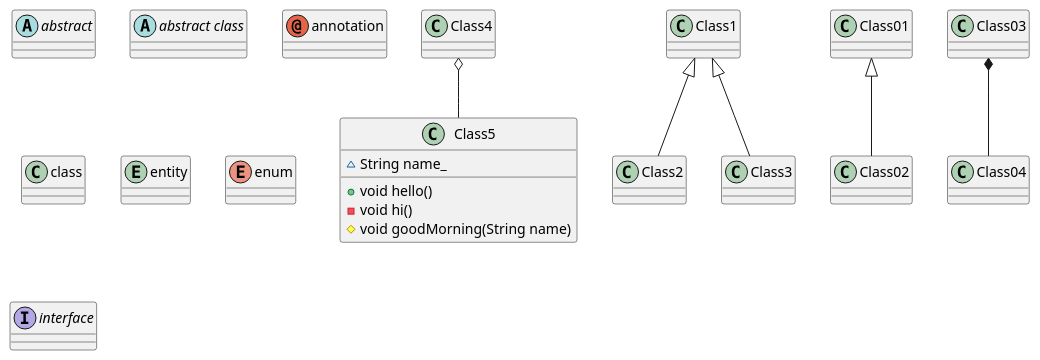
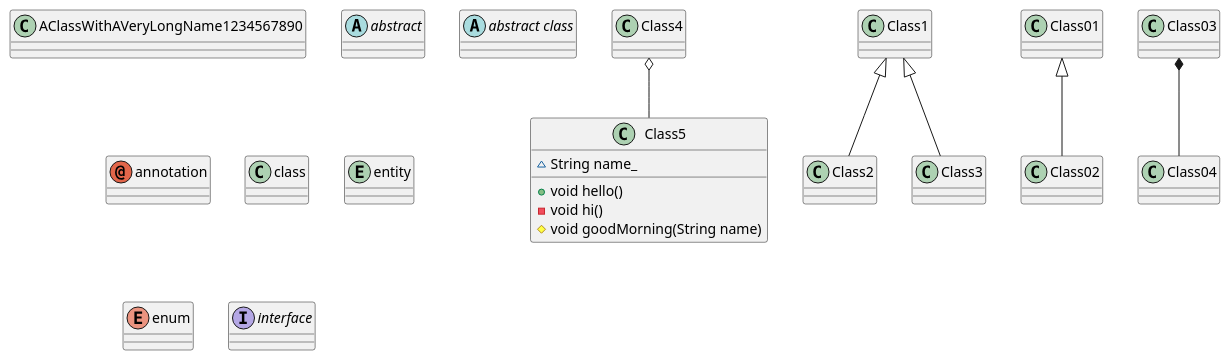
One commit to craft-coder/plantuml-styles changed the diagram in examples/diagrams/class.plantuml. Above: the diagram before and after it, drawn with PlantUML. The commit also changed 29 other files, not shown here.

```diff
--- a/examples/diagrams/class.plantuml
+++ b/examples/diagrams/class.plantuml
@@ -1,24 +1,26 @@
 @startuml Class Example
 
 class Class5 {
     + void hello()
     - void hi()
     # void goodMorning(String name)
     ~ String name_
 }
+
+class AClassWithAVeryLongName1234567890
 
 Class1 <|-- Class2
 Class1 <|-- Class3
 Class4 o-- Class5
 Class01 <|-- Class02
 Class03 *-- Class04
 
 abstract        abstract
 abstract class  "abstract class"
 annotation      annotation
 class           class
 entity          entity
 enum            enum
 interface       interface
 
 @enduml
```
